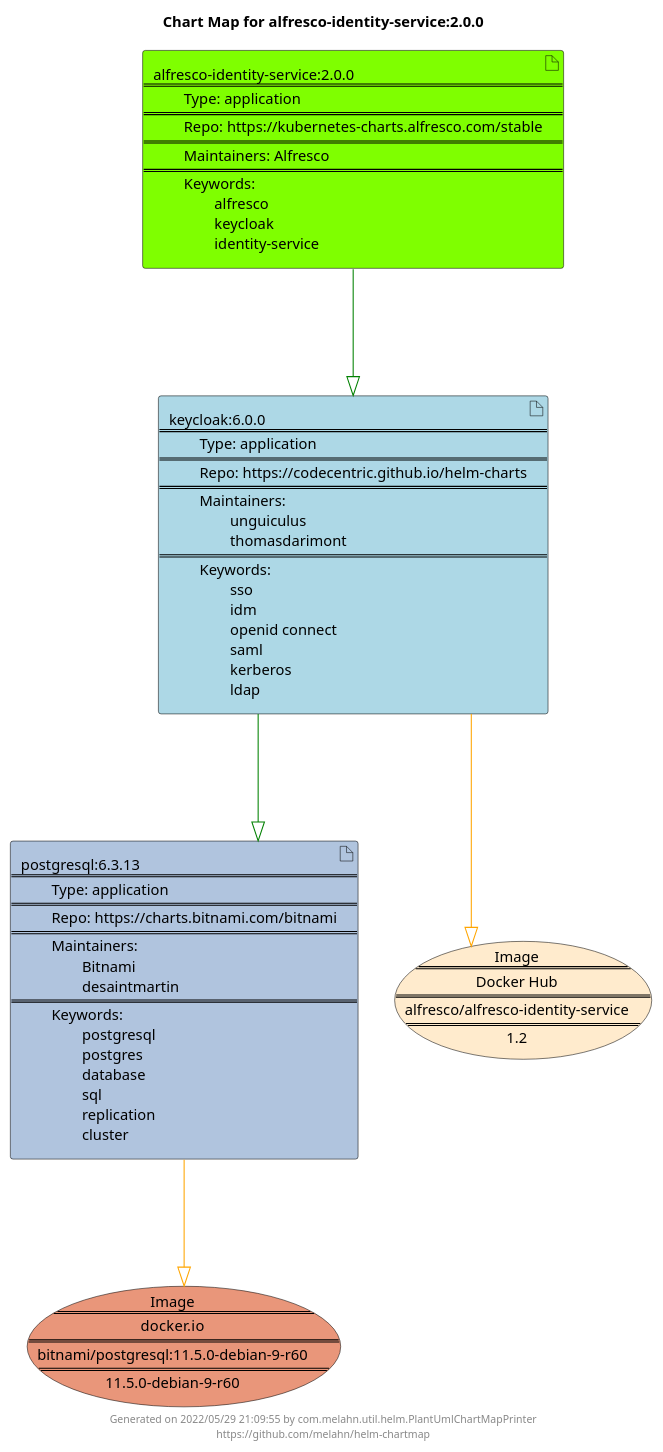
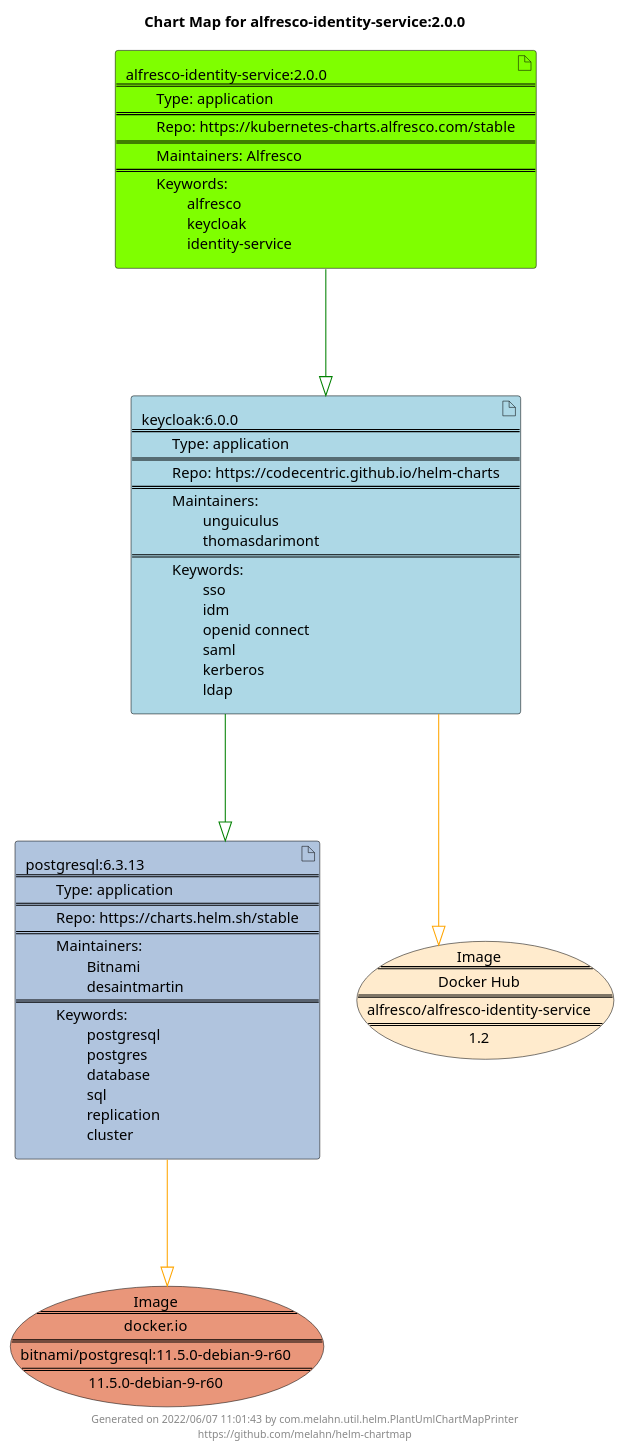
The diagram in docs/alfresco-identity-service/alfresco-identity-service-2.0.0.puml (melahn/helm-chartmap), drawn with PlantUML before and after one commit. The commit also changed 62 other files, not shown here.

Commit message:
Update Example Chart Maps as part of GitHub build

```diff
--- a/docs/alfresco-identity-service/alfresco-identity-service-2.0.0.puml
+++ b/docs/alfresco-identity-service/alfresco-identity-service-2.0.0.puml
@@ -1,27 +1,27 @@
 @startuml
 skinparam linetype ortho
 skinparam backgroundColor white
 skinparam usecaseBorderColor black
 skinparam usecaseArrowColor LightSlateGray
 skinparam artifactBorderColor black
 skinparam artifactArrowColor LightSlateGray
 
 title Chart Map for alfresco-identity-service:2.0.0
 
 'There are 3 referenced Helm Charts
-artifact "postgresql:6.3.13\n====\n\tType: application\n====\n\tRepo: https://charts.bitnami.com/bitnami\n====\n\tMaintainers: \n\t\tBitnami\n\t\tdesaintmartin\n====\n\tKeywords: \n\t\tpostgresql\n\t\tpostgres\n\t\tdatabase\n\t\tsql\n\t\treplication\n\t\tcluster" as postgresql_6_3_13 #LightSteelBlue
+artifact "postgresql:6.3.13\n====\n\tType: application\n====\n\tRepo: https://charts.helm.sh/stable\n====\n\tMaintainers: \n\t\tBitnami\n\t\tdesaintmartin\n====\n\tKeywords: \n\t\tpostgresql\n\t\tpostgres\n\t\tdatabase\n\t\tsql\n\t\treplication\n\t\tcluster" as postgresql_6_3_13 #LightSteelBlue
 artifact "keycloak:6.0.0\n====\n\tType: application\n====\n\tRepo: https://codecentric.github.io/helm-charts\n====\n\tMaintainers: \n\t\tunguiculus\n\t\tthomasdarimont\n====\n\tKeywords: \n\t\tsso\n\t\tidm\n\t\topenid connect\n\t\tsaml\n\t\tkerberos\n\t\tldap" as keycloak_6_0_0 #LightBlue
 artifact "alfresco-identity-service:2.0.0\n====\n\tType: application\n====\n\tRepo: https://kubernetes-charts.alfresco.com/stable\n====\n\tMaintainers: Alfresco\n====\n\tKeywords: \n\t\talfresco\n\t\tkeycloak\n\t\tidentity-service" as alfresco_identity_service_2_0_0 #Chartreuse
 
 'There are 2 referenced Docker Images
 usecase "Image\n====\ndocker.io\n====\nbitnami/postgresql:11.5.0-debian-9-r60\n====\n11.5.0-debian-9-r60" as docker_io_bitnami_postgresql_11_5_0_debian_9_r60 #DarkSalmon
 usecase "Image\n====\nDocker Hub\n====\nalfresco/alfresco-identity-service\n====\n1.2" as alfresco_alfresco_identity_service_1_2 #BlanchedAlmond
 
 'Chart Dependencies
 alfresco_identity_service_2_0_0--[#green]-|>keycloak_6_0_0
 keycloak_6_0_0--[#green]-|>postgresql_6_3_13
 postgresql_6_3_13--[#orange]-|>docker_io_bitnami_postgresql_11_5_0_debian_9_r60
 keycloak_6_0_0--[#orange]-|>alfresco_alfresco_identity_service_1_2
 
-center footer Generated on 2022/05/29 21:09:55 by com.melahn.util.helm.PlantUmlChartMapPrinter\nhttps://github.com/melahn/helm-chartmap
+center footer Generated on 2022/06/07 11:01:43 by com.melahn.util.helm.PlantUmlChartMapPrinter\nhttps://github.com/melahn/helm-chartmap
 @enduml
```
